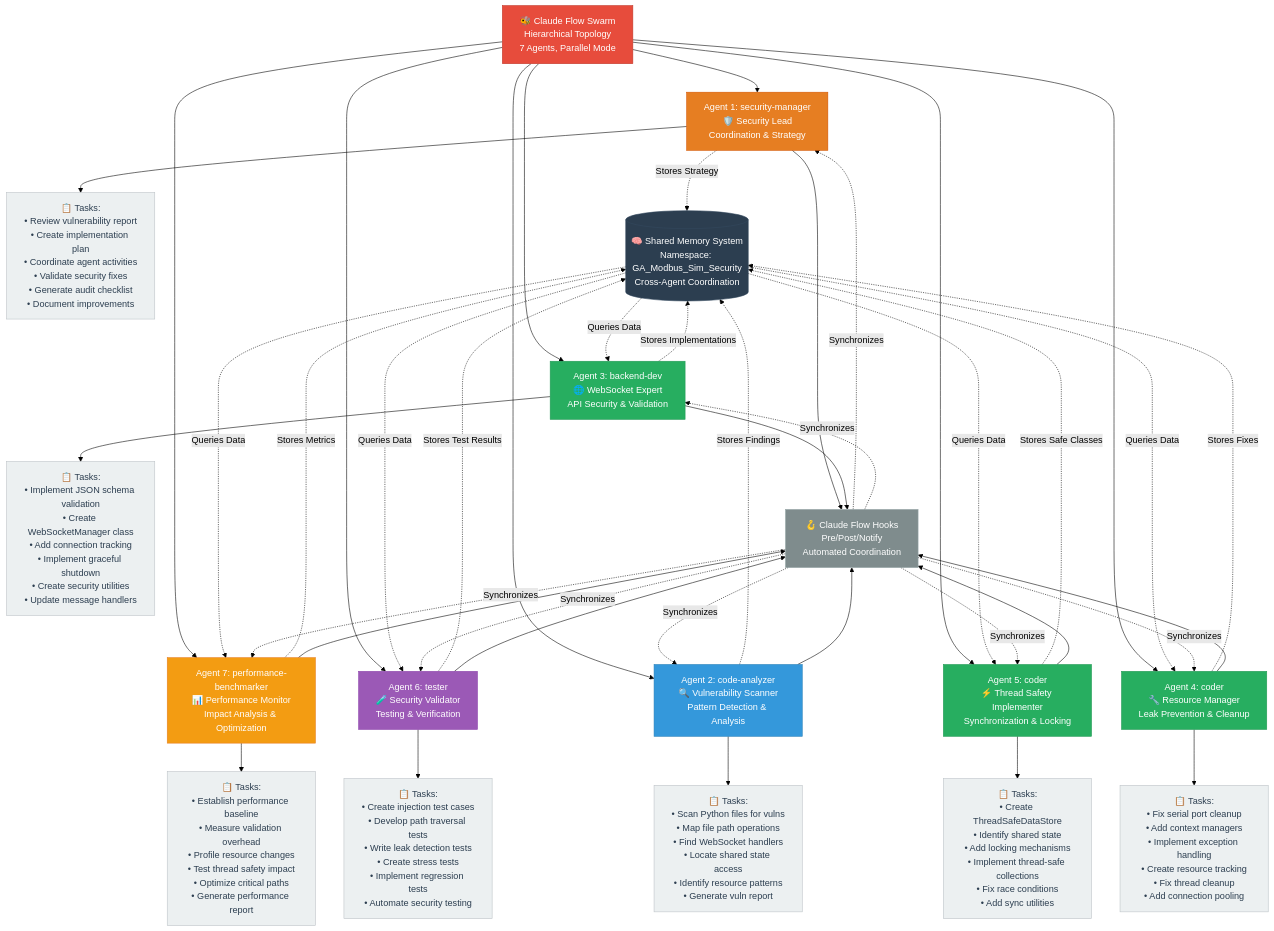
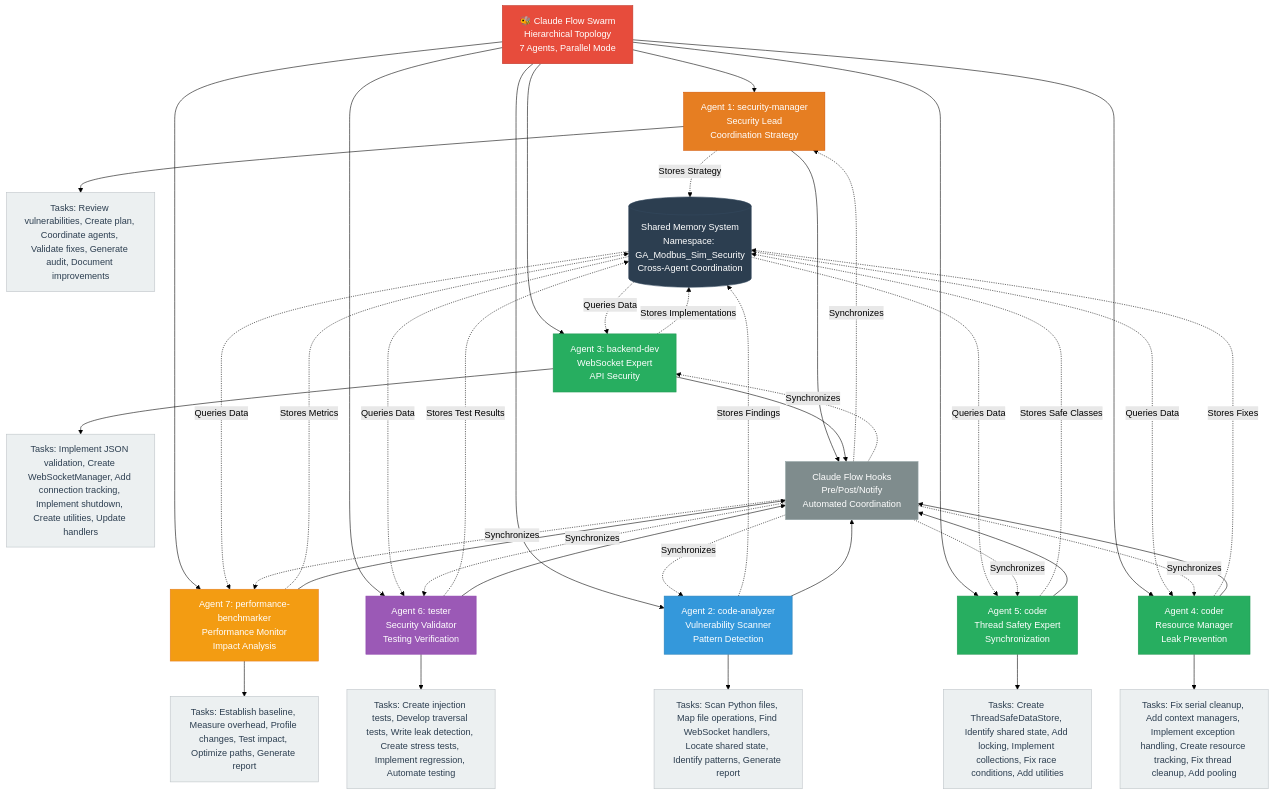
Before and after one commit to custompowerllc/claude-flow: the third of 6 diagrams in projects/GA_Modbus_Sim/docs/PR-fixes/46/EXECUTION_FLOW_DIAGRAM.md, drawn with Mermaid (forest theme). The commit also changed other lines of this file and 4 other files, not shown here.

```diff
--- a/projects/GA_Modbus_Sim/docs/PR-fixes/46/EXECUTION_FLOW_DIAGRAM.md
+++ b/projects/GA_Modbus_Sim/docs/PR-fixes/46/EXECUTION_FLOW_DIAGRAM.md
@@ -213,38 +213,38 @@
     SWARM[🐝 Claude Flow Swarm<br/>Hierarchical Topology<br/>7 Agents, Parallel Mode]:::orchestrator
     
     %% Agent 1: Security Manager
-    A1[Agent 1: security-manager<br/>🛡️ Security Lead<br/>Coordination & Strategy]:::security
-    A1_TASKS[📋 Tasks:<br/>• Review vulnerability report<br/>• Create implementation plan<br/>• Coordinate agent activities<br/>• Validate security fixes<br/>• Generate audit checklist<br/>• Document improvements]:::task
+    A1[Agent 1: security-manager<br/>Security Lead<br/>Coordination Strategy]:::security
+    A1_TASKS[Tasks: Review vulnerabilities, Create plan, Coordinate agents, Validate fixes, Generate audit, Document improvements]:::task
     
     %% Agent 2: Code Analyzer
-    A2[Agent 2: code-analyzer<br/>🔍 Vulnerability Scanner<br/>Pattern Detection & Analysis]:::analyzer
-    A2_TASKS[📋 Tasks:<br/>• Scan Python files for vulns<br/>• Map file path operations<br/>• Find WebSocket handlers<br/>• Locate shared state access<br/>• Identify resource patterns<br/>• Generate vuln report]:::task
+    A2[Agent 2: code-analyzer<br/>Vulnerability Scanner<br/>Pattern Detection]:::analyzer
+    A2_TASKS[Tasks: Scan Python files, Map file operations, Find WebSocket handlers, Locate shared state, Identify patterns, Generate report]:::task
     
     %% Agent 3: Backend Developer
-    A3[Agent 3: backend-dev<br/>🌐 WebSocket Expert<br/>API Security & Validation]:::implementer
-    A3_TASKS[📋 Tasks:<br/>• Implement JSON schema validation<br/>• Create WebSocketManager class<br/>• Add connection tracking<br/>• Implement graceful shutdown<br/>• Create security utilities<br/>• Update message handlers]:::task
+    A3[Agent 3: backend-dev<br/>WebSocket Expert<br/>API Security]:::implementer
+    A3_TASKS[Tasks: Implement JSON validation, Create WebSocketManager, Add connection tracking, Implement shutdown, Create utilities, Update handlers]:::task
     
     %% Agent 4: Resource Coder
-    A4[Agent 4: coder<br/>🔧 Resource Manager<br/>Leak Prevention & Cleanup]:::implementer
-    A4_TASKS[📋 Tasks:<br/>• Fix serial port cleanup<br/>• Add context managers<br/>• Implement exception handling<br/>• Create resource tracking<br/>• Fix thread cleanup<br/>• Add connection pooling]:::task
+    A4[Agent 4: coder<br/>Resource Manager<br/>Leak Prevention]:::implementer
+    A4_TASKS[Tasks: Fix serial cleanup, Add context managers, Implement exception handling, Create resource tracking, Fix thread cleanup, Add pooling]:::task
     
     %% Agent 5: Thread Safety Coder
-    A5[Agent 5: coder<br/>⚡ Thread Safety Implementer<br/>Synchronization & Locking]:::implementer
-    A5_TASKS[📋 Tasks:<br/>• Create ThreadSafeDataStore<br/>• Identify shared state<br/>• Add locking mechanisms<br/>• Implement thread-safe collections<br/>• Fix race conditions<br/>• Add sync utilities]:::task
+    A5[Agent 5: coder<br/>Thread Safety Expert<br/>Synchronization]:::implementer
+    A5_TASKS[Tasks: Create ThreadSafeDataStore, Identify shared state, Add locking, Implement collections, Fix race conditions, Add utilities]:::task
     
     %% Agent 6: Security Tester
-    A6[Agent 6: tester<br/>🧪 Security Validator<br/>Testing & Verification]:::validator
-    A6_TASKS[📋 Tasks:<br/>• Create injection test cases<br/>• Develop path traversal tests<br/>• Write leak detection tests<br/>• Create stress tests<br/>• Implement regression tests<br/>• Automate security testing]:::task
+    A6[Agent 6: tester<br/>Security Validator<br/>Testing Verification]:::validator
+    A6_TASKS[Tasks: Create injection tests, Develop traversal tests, Write leak detection, Create stress tests, Implement regression, Automate testing]:::task
     
     %% Agent 7: Performance Monitor
-    A7[Agent 7: performance-benchmarker<br/>📊 Performance Monitor<br/>Impact Analysis & Optimization]:::monitor
-    A7_TASKS[📋 Tasks:<br/>• Establish performance baseline<br/>• Measure validation overhead<br/>• Profile resource changes<br/>• Test thread safety impact<br/>• Optimize critical paths<br/>• Generate performance report]:::task
+    A7[Agent 7: performance-benchmarker<br/>Performance Monitor<br/>Impact Analysis]:::monitor
+    A7_TASKS[Tasks: Establish baseline, Measure overhead, Profile changes, Test impact, Optimize paths, Generate report]:::task
     
     %% Memory System
-    MEMORY[(🧠 Shared Memory System<br/>Namespace: GA_Modbus_Sim_Security<br/>Cross-Agent Coordination)]:::memory
+    MEMORY[(Shared Memory System<br/>Namespace: GA_Modbus_Sim_Security<br/>Cross-Agent Coordination)]:::memory
     
     %% Hook System
-    HOOKS[🪝 Claude Flow Hooks<br/>Pre/Post/Notify<br/>Automated Coordination]:::hook
+    HOOKS[Claude Flow Hooks<br/>Pre/Post/Notify<br/>Automated Coordination]:::hook
     
     %% Connections - Orchestration
     SWARM --> A1
```
